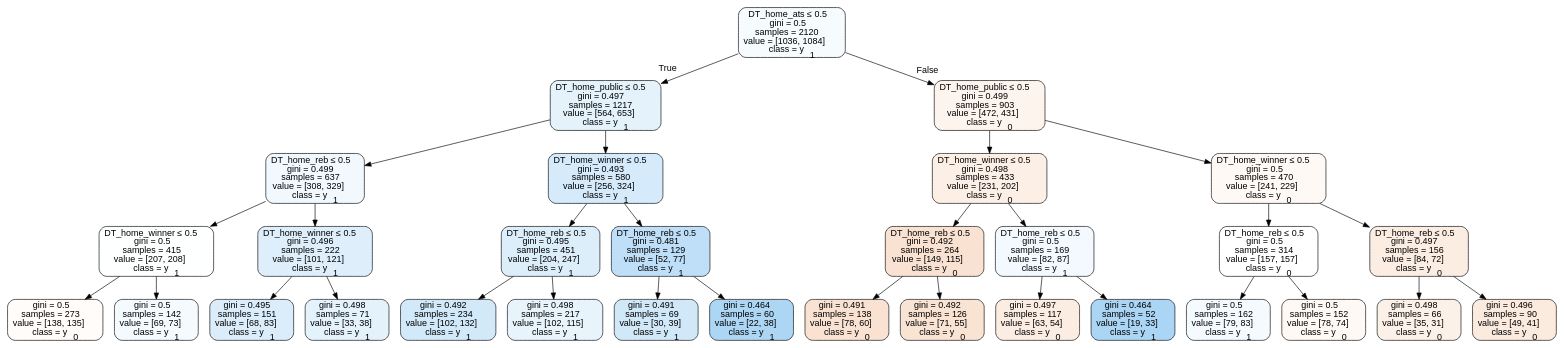
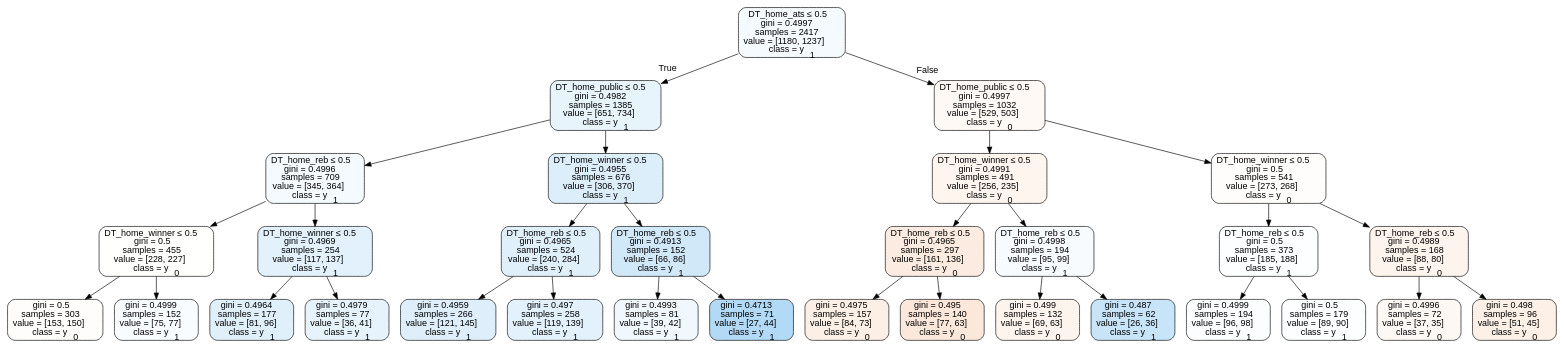
Before and after one commit to usbogie/ncaa-bets: the diagram in Basketball/data/trees/tree2012neutral.dot, drawn with Graphviz. The commit also changed 47 other files, not shown here.

```diff
--- a/Basketball/data/trees/tree2012neutral.dot
+++ b/Basketball/data/trees/tree2012neutral.dot
@@ -1,65 +1,65 @@
 digraph Tree {
 node [shape=box, style="filled, rounded", color="black", fontname=helvetica] ;
 edge [fontname=helvetica] ;
-0 [label=<DT_home_ats &le; 0.5<br/>gini = 0.5<br/>samples = 2120<br/>value = [1036, 1084]<br/>class = y<SUB>1</SUB>>, fillcolor="#399de50b"] ;
-1 [label=<DT_home_public &le; 0.5<br/>gini = 0.497<br/>samples = 1217<br/>value = [564, 653]<br/>class = y<SUB>1</SUB>>, fillcolor="#399de523"] ;
+0 [label=<DT_home_ats &le; 0.5<br/>gini = 0.4997<br/>samples = 2417<br/>value = [1180, 1237]<br/>class = y<SUB>1</SUB>>, fillcolor="#399de50c"] ;
+1 [label=<DT_home_public &le; 0.5<br/>gini = 0.4982<br/>samples = 1385<br/>value = [651, 734]<br/>class = y<SUB>1</SUB>>, fillcolor="#399de51d"] ;
 0 -> 1 [labeldistance=2.5, labelangle=45, headlabel="True"] ;
-2 [label=<DT_home_reb &le; 0.5<br/>gini = 0.499<br/>samples = 637<br/>value = [308, 329]<br/>class = y<SUB>1</SUB>>, fillcolor="#399de510"] ;
+2 [label=<DT_home_reb &le; 0.5<br/>gini = 0.4996<br/>samples = 709<br/>value = [345, 364]<br/>class = y<SUB>1</SUB>>, fillcolor="#399de50d"] ;
 1 -> 2 ;
-3 [label=<DT_home_winner &le; 0.5<br/>gini = 0.5<br/>samples = 415<br/>value = [207, 208]<br/>class = y<SUB>1</SUB>>, fillcolor="#399de501"] ;
+3 [label=<DT_home_winner &le; 0.5<br/>gini = 0.5<br/>samples = 455<br/>value = [228, 227]<br/>class = y<SUB>0</SUB>>, fillcolor="#e5813901"] ;
 2 -> 3 ;
-4 [label=<gini = 0.5<br/>samples = 273<br/>value = [138, 135]<br/>class = y<SUB>0</SUB>>, fillcolor="#e5813906"] ;
+4 [label=<gini = 0.5<br/>samples = 303<br/>value = [153, 150]<br/>class = y<SUB>0</SUB>>, fillcolor="#e5813905"] ;
 3 -> 4 ;
-5 [label=<gini = 0.5<br/>samples = 142<br/>value = [69, 73]<br/>class = y<SUB>1</SUB>>, fillcolor="#399de50e"] ;
+5 [label=<gini = 0.4999<br/>samples = 152<br/>value = [75, 77]<br/>class = y<SUB>1</SUB>>, fillcolor="#399de507"] ;
 3 -> 5 ;
-6 [label=<DT_home_winner &le; 0.5<br/>gini = 0.496<br/>samples = 222<br/>value = [101, 121]<br/>class = y<SUB>1</SUB>>, fillcolor="#399de52a"] ;
+6 [label=<DT_home_winner &le; 0.5<br/>gini = 0.4969<br/>samples = 254<br/>value = [117, 137]<br/>class = y<SUB>1</SUB>>, fillcolor="#399de525"] ;
 2 -> 6 ;
-7 [label=<gini = 0.495<br/>samples = 151<br/>value = [68, 83]<br/>class = y<SUB>1</SUB>>, fillcolor="#399de52e"] ;
+7 [label=<gini = 0.4964<br/>samples = 177<br/>value = [81, 96]<br/>class = y<SUB>1</SUB>>, fillcolor="#399de528"] ;
 6 -> 7 ;
-8 [label=<gini = 0.498<br/>samples = 71<br/>value = [33, 38]<br/>class = y<SUB>1</SUB>>, fillcolor="#399de522"] ;
+8 [label=<gini = 0.4979<br/>samples = 77<br/>value = [36, 41]<br/>class = y<SUB>1</SUB>>, fillcolor="#399de51f"] ;
 6 -> 8 ;
-9 [label=<DT_home_winner &le; 0.5<br/>gini = 0.493<br/>samples = 580<br/>value = [256, 324]<br/>class = y<SUB>1</SUB>>, fillcolor="#399de536"] ;
+9 [label=<DT_home_winner &le; 0.5<br/>gini = 0.4955<br/>samples = 676<br/>value = [306, 370]<br/>class = y<SUB>1</SUB>>, fillcolor="#399de52c"] ;
 1 -> 9 ;
-10 [label=<DT_home_reb &le; 0.5<br/>gini = 0.495<br/>samples = 451<br/>value = [204, 247]<br/>class = y<SUB>1</SUB>>, fillcolor="#399de52c"] ;
+10 [label=<DT_home_reb &le; 0.5<br/>gini = 0.4965<br/>samples = 524<br/>value = [240, 284]<br/>class = y<SUB>1</SUB>>, fillcolor="#399de528"] ;
 9 -> 10 ;
-11 [label=<gini = 0.492<br/>samples = 234<br/>value = [102, 132]<br/>class = y<SUB>1</SUB>>, fillcolor="#399de53a"] ;
+11 [label=<gini = 0.4959<br/>samples = 266<br/>value = [121, 145]<br/>class = y<SUB>1</SUB>>, fillcolor="#399de52a"] ;
 10 -> 11 ;
-12 [label=<gini = 0.498<br/>samples = 217<br/>value = [102, 115]<br/>class = y<SUB>1</SUB>>, fillcolor="#399de51d"] ;
+12 [label=<gini = 0.497<br/>samples = 258<br/>value = [119, 139]<br/>class = y<SUB>1</SUB>>, fillcolor="#399de525"] ;
 10 -> 12 ;
-13 [label=<DT_home_reb &le; 0.5<br/>gini = 0.481<br/>samples = 129<br/>value = [52, 77]<br/>class = y<SUB>1</SUB>>, fillcolor="#399de553"] ;
+13 [label=<DT_home_reb &le; 0.5<br/>gini = 0.4913<br/>samples = 152<br/>value = [66, 86]<br/>class = y<SUB>1</SUB>>, fillcolor="#399de53b"] ;
 9 -> 13 ;
-14 [label=<gini = 0.491<br/>samples = 69<br/>value = [30, 39]<br/>class = y<SUB>1</SUB>>, fillcolor="#399de53b"] ;
+14 [label=<gini = 0.4993<br/>samples = 81<br/>value = [39, 42]<br/>class = y<SUB>1</SUB>>, fillcolor="#399de512"] ;
 13 -> 14 ;
-15 [label=<gini = 0.464<br/>samples = 60<br/>value = [22, 38]<br/>class = y<SUB>1</SUB>>, fillcolor="#399de56b"] ;
+15 [label=<gini = 0.4713<br/>samples = 71<br/>value = [27, 44]<br/>class = y<SUB>1</SUB>>, fillcolor="#399de563"] ;
 13 -> 15 ;
-16 [label=<DT_home_public &le; 0.5<br/>gini = 0.499<br/>samples = 903<br/>value = [472, 431]<br/>class = y<SUB>0</SUB>>, fillcolor="#e5813916"] ;
+16 [label=<DT_home_public &le; 0.5<br/>gini = 0.4997<br/>samples = 1032<br/>value = [529, 503]<br/>class = y<SUB>0</SUB>>, fillcolor="#e581390d"] ;
 0 -> 16 [labeldistance=2.5, labelangle=-45, headlabel="False"] ;
-17 [label=<DT_home_winner &le; 0.5<br/>gini = 0.498<br/>samples = 433<br/>value = [231, 202]<br/>class = y<SUB>0</SUB>>, fillcolor="#e5813920"] ;
+17 [label=<DT_home_winner &le; 0.5<br/>gini = 0.4991<br/>samples = 491<br/>value = [256, 235]<br/>class = y<SUB>0</SUB>>, fillcolor="#e5813915"] ;
 16 -> 17 ;
-18 [label=<DT_home_reb &le; 0.5<br/>gini = 0.492<br/>samples = 264<br/>value = [149, 115]<br/>class = y<SUB>0</SUB>>, fillcolor="#e581393a"] ;
+18 [label=<DT_home_reb &le; 0.5<br/>gini = 0.4965<br/>samples = 297<br/>value = [161, 136]<br/>class = y<SUB>0</SUB>>, fillcolor="#e5813928"] ;
 17 -> 18 ;
-19 [label=<gini = 0.491<br/>samples = 138<br/>value = [78, 60]<br/>class = y<SUB>0</SUB>>, fillcolor="#e581393b"] ;
+19 [label=<gini = 0.4975<br/>samples = 157<br/>value = [84, 73]<br/>class = y<SUB>0</SUB>>, fillcolor="#e5813921"] ;
 18 -> 19 ;
-20 [label=<gini = 0.492<br/>samples = 126<br/>value = [71, 55]<br/>class = y<SUB>0</SUB>>, fillcolor="#e5813939"] ;
+20 [label=<gini = 0.495<br/>samples = 140<br/>value = [77, 63]<br/>class = y<SUB>0</SUB>>, fillcolor="#e581392e"] ;
 18 -> 20 ;
-21 [label=<DT_home_reb &le; 0.5<br/>gini = 0.5<br/>samples = 169<br/>value = [82, 87]<br/>class = y<SUB>1</SUB>>, fillcolor="#399de50f"] ;
+21 [label=<DT_home_reb &le; 0.5<br/>gini = 0.4998<br/>samples = 194<br/>value = [95, 99]<br/>class = y<SUB>1</SUB>>, fillcolor="#399de50a"] ;
 17 -> 21 ;
-22 [label=<gini = 0.497<br/>samples = 117<br/>value = [63, 54]<br/>class = y<SUB>0</SUB>>, fillcolor="#e5813924"] ;
+22 [label=<gini = 0.499<br/>samples = 132<br/>value = [69, 63]<br/>class = y<SUB>0</SUB>>, fillcolor="#e5813916"] ;
 21 -> 22 ;
-23 [label=<gini = 0.464<br/>samples = 52<br/>value = [19, 33]<br/>class = y<SUB>1</SUB>>, fillcolor="#399de56c"] ;
+23 [label=<gini = 0.487<br/>samples = 62<br/>value = [26, 36]<br/>class = y<SUB>1</SUB>>, fillcolor="#399de547"] ;
 21 -> 23 ;
-24 [label=<DT_home_winner &le; 0.5<br/>gini = 0.5<br/>samples = 470<br/>value = [241, 229]<br/>class = y<SUB>0</SUB>>, fillcolor="#e581390d"] ;
+24 [label=<DT_home_winner &le; 0.5<br/>gini = 0.5<br/>samples = 541<br/>value = [273, 268]<br/>class = y<SUB>0</SUB>>, fillcolor="#e5813905"] ;
 16 -> 24 ;
-25 [label=<DT_home_reb &le; 0.5<br/>gini = 0.5<br/>samples = 314<br/>value = [157, 157]<br/>class = y<SUB>0</SUB>>, fillcolor="#e5813900"] ;
+25 [label=<DT_home_reb &le; 0.5<br/>gini = 0.5<br/>samples = 373<br/>value = [185, 188]<br/>class = y<SUB>1</SUB>>, fillcolor="#399de504"] ;
 24 -> 25 ;
-26 [label=<gini = 0.5<br/>samples = 162<br/>value = [79, 83]<br/>class = y<SUB>1</SUB>>, fillcolor="#399de50c"] ;
+26 [label=<gini = 0.4999<br/>samples = 194<br/>value = [96, 98]<br/>class = y<SUB>1</SUB>>, fillcolor="#399de505"] ;
 25 -> 26 ;
-27 [label=<gini = 0.5<br/>samples = 152<br/>value = [78, 74]<br/>class = y<SUB>0</SUB>>, fillcolor="#e581390d"] ;
+27 [label=<gini = 0.5<br/>samples = 179<br/>value = [89, 90]<br/>class = y<SUB>1</SUB>>, fillcolor="#399de503"] ;
 25 -> 27 ;
-28 [label=<DT_home_reb &le; 0.5<br/>gini = 0.497<br/>samples = 156<br/>value = [84, 72]<br/>class = y<SUB>0</SUB>>, fillcolor="#e5813924"] ;
+28 [label=<DT_home_reb &le; 0.5<br/>gini = 0.4989<br/>samples = 168<br/>value = [88, 80]<br/>class = y<SUB>0</SUB>>, fillcolor="#e5813917"] ;
 24 -> 28 ;
-29 [label=<gini = 0.498<br/>samples = 66<br/>value = [35, 31]<br/>class = y<SUB>0</SUB>>, fillcolor="#e581391d"] ;
+29 [label=<gini = 0.4996<br/>samples = 72<br/>value = [37, 35]<br/>class = y<SUB>0</SUB>>, fillcolor="#e581390e"] ;
 28 -> 29 ;
-30 [label=<gini = 0.496<br/>samples = 90<br/>value = [49, 41]<br/>class = y<SUB>0</SUB>>, fillcolor="#e581392a"] ;
+30 [label=<gini = 0.498<br/>samples = 96<br/>value = [51, 45]<br/>class = y<SUB>0</SUB>>, fillcolor="#e581391e"] ;
 28 -> 30 ;
 }
```
